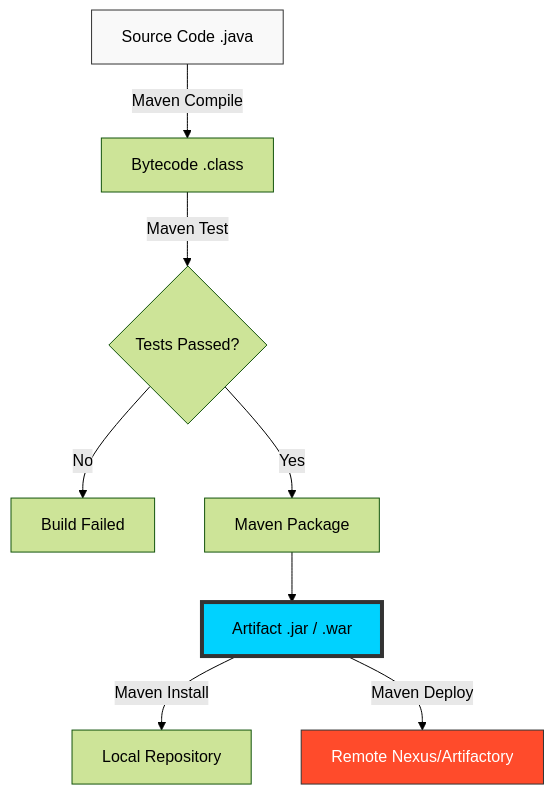
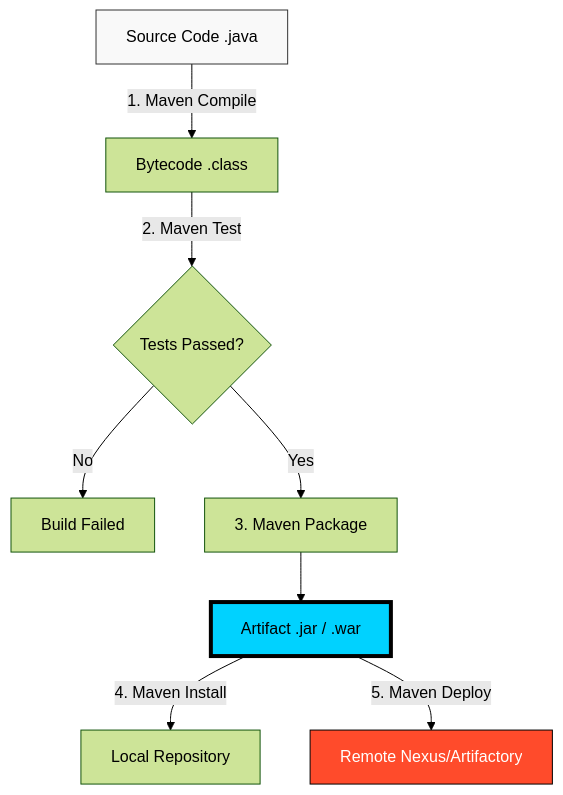
Before and after one commit to Ganil151/Devops: the diagram in 1-Beginner/02-Phase-2/04-Maven/README.md, drawn with Mermaid (forest theme). The commit also changed other lines of this file and 170 other files, not shown here.

````diff
--- a/1-Beginner/02-Phase-2/04-Maven/README.md
+++ b/1-Beginner/02-Phase-2/04-Maven/README.md
@@ -5,14 +9,14 @@
 ```mermaid
 graph TD
-    A[Source Code .java] -->|Maven Compile| B[Bytecode .class]
-    B -->|Maven Test| C{Tests Passed?}
+    A[Source Code .java] -->|1. Maven Compile| B[Bytecode .class]
+    B -->|2. Maven Test| C{Tests Passed?}
     C -- No --> D[Build Failed]
-    C -- Yes --> E[Maven Package]
+    C -- Yes --> E[3. Maven Package]
     E --> F[Artifact .jar / .war]
-    F -->|Maven Install| G[Local Repository]
-    F -->|Maven Deploy| H[Remote Nexus/Artifactory]
-    
+    F -->|4. Maven Install| G[Local Repository]
+    F -->|5. Maven Deploy| H[Remote Nexus/Artifactory]
+
     style A fill:#f9f9f9,stroke:#333
-    style F fill:#00d2ff,stroke:#333,stroke-width:4px
-    style H fill:#ff4b2b,stroke:#333,color:#fff
+    style F fill:#00d2ff,stroke:#000,stroke-width:4px
+    style H fill:#ff4b2b,stroke:#000,color:#fff
 ```
````
